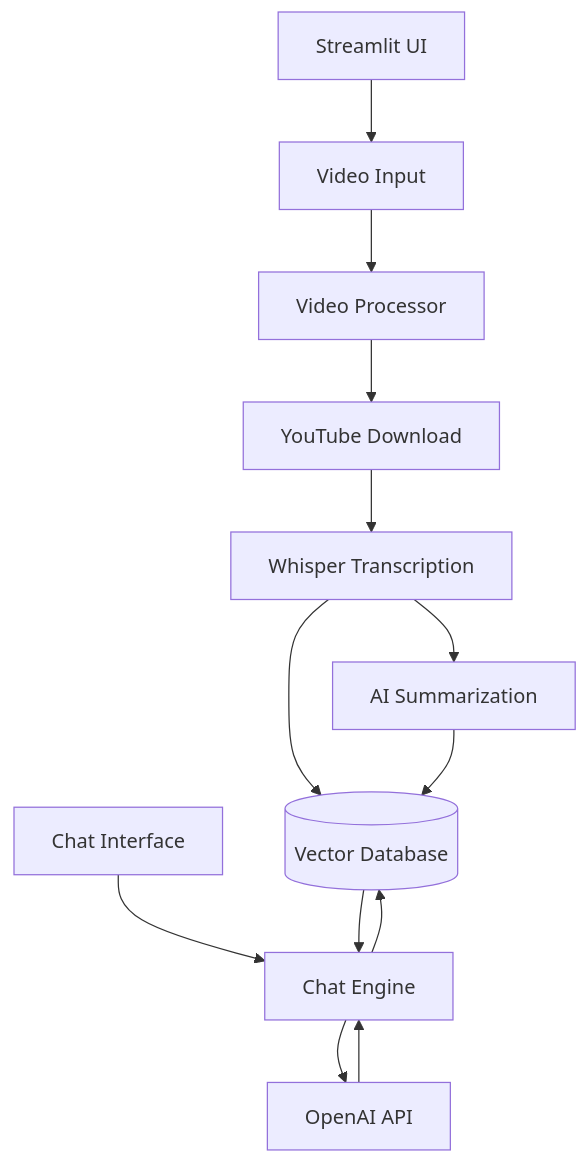
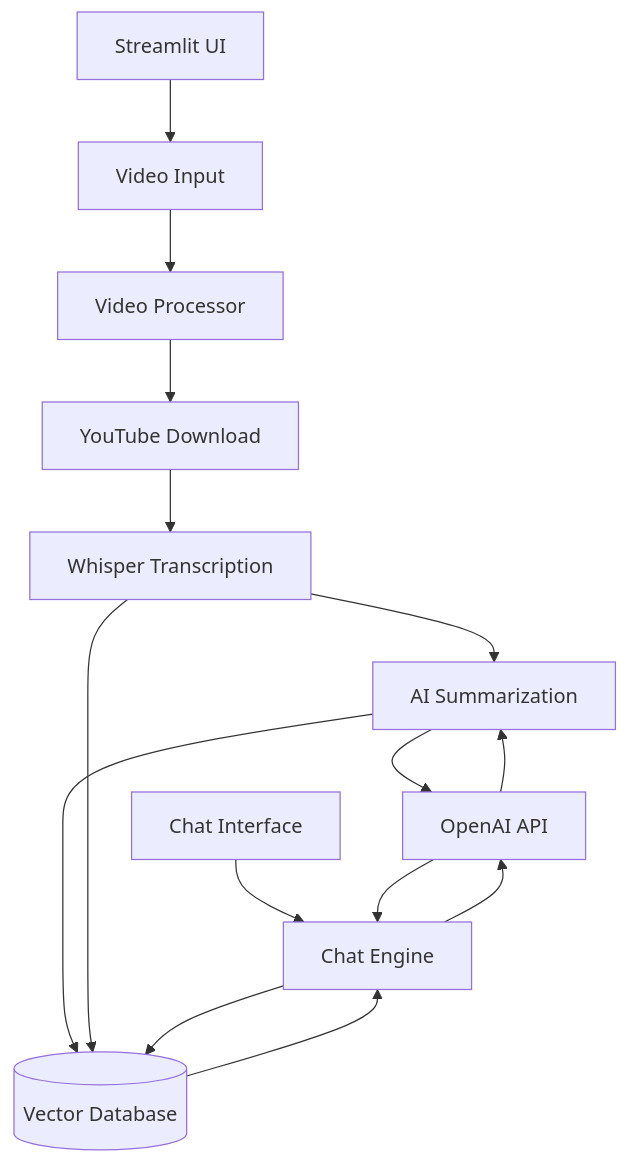
One commit to riyanshibohra/VideoMind-AI changed the diagram in README.md. Above: the diagram before and after it, drawn with Mermaid.

````diff
--- a/README.md
+++ b/README.md
@@ -43,17 +43,19 @@
 ```mermaid
 graph TD
     A[Streamlit UI] --> B[Video Input]
     B --> C[Video Processor]
     C --> D[YouTube Download]
     D --> E[Whisper Transcription]
     E --> F[AI Summarization]
     
+    F --> J[OpenAI API]
+    J --> F
+    F --> I[(Vector Database)]
+    E --> I
+    
     G[Chat Interface] --> H[Chat Engine]
-    H --> I[(Vector Database)]
+    H --> I
     I --> H
-    H --> J[OpenAI API]
+    H --> J
     J --> H
-    
-    E --> I
-    F --> I
 ```
````
